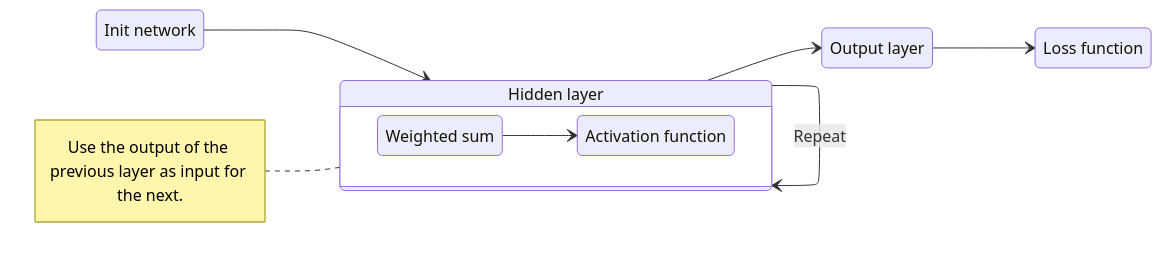
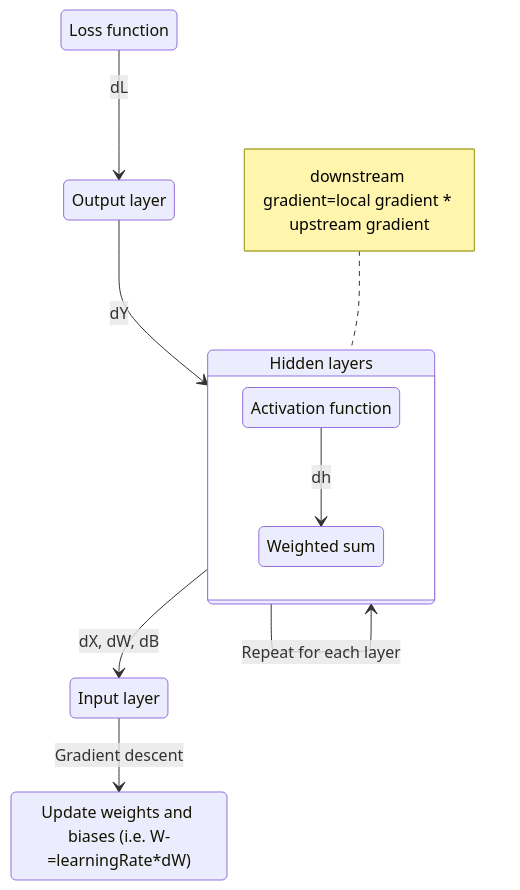
Before and after one commit to yayunl/yayunl.github.io: the diagram in _posts/2024-05-15-deep-learning-301-backpropagation.md, drawn with Mermaid. The commit also changed other lines of this file and 11 other files, not shown here.

```diff
--- a/_posts/2024-05-15-deep-learning-301-backpropagation.md
+++ b/_posts/2024-05-15-deep-learning-301-backpropagation.md
@@ -33,22 +31,22 @@
 <div class="mermaid"> 
-stateDiagram
-    direction LR
-    S1 --> A
-    S1: Init network
-    A: Hidden layer
-    A --> B
-    A --> A: Repeat
+stateDiagram-v2
+    X: Update weights and biases (i.e. W-=learningRate*dW)
+    S1 --> X: Gradient descent
+    A --> S1: dX, dW, dB
+    S1: Input layer
+    A: Hidden layers
+    B --> A: dY
+    A --> A: Repeat for each layer
     note left of A
-            Use the output of the previous layer as input for the next.
+            downstream gradient=local gradient * upstream gradient
     end note
     state A {
-      direction LR
-      a --> b
+      b --> a:dh
       a: Weighted sum
       b: Activation function
     }
     B: Output layer
-    B --> C
+    C --> B: dL
     C: Loss function
 
 </div>
```
